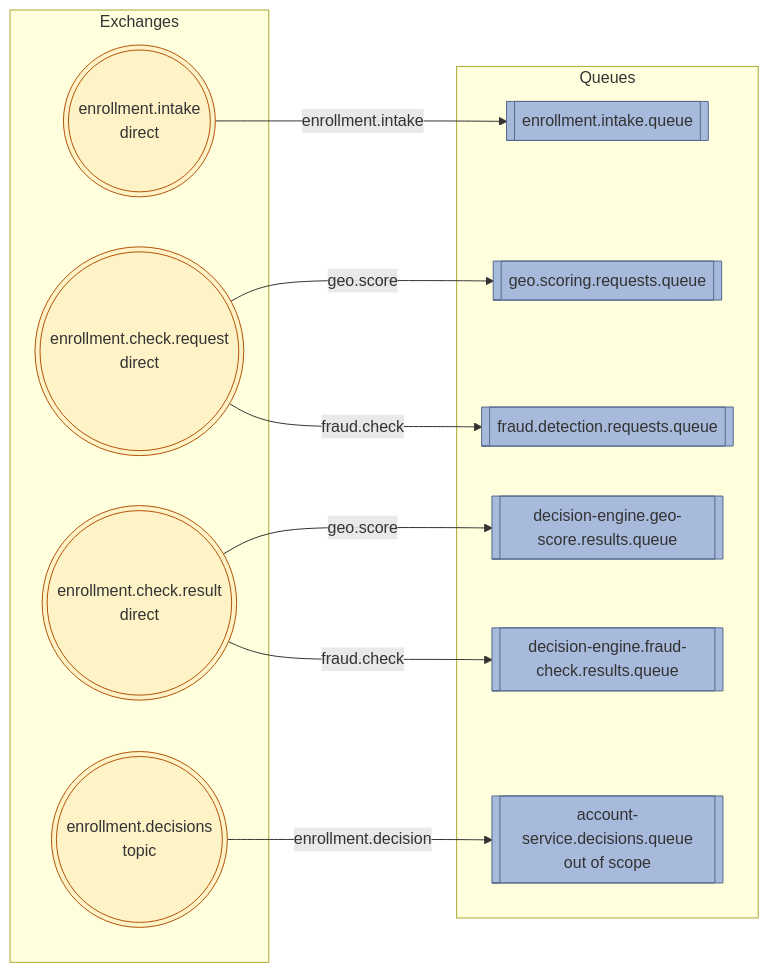
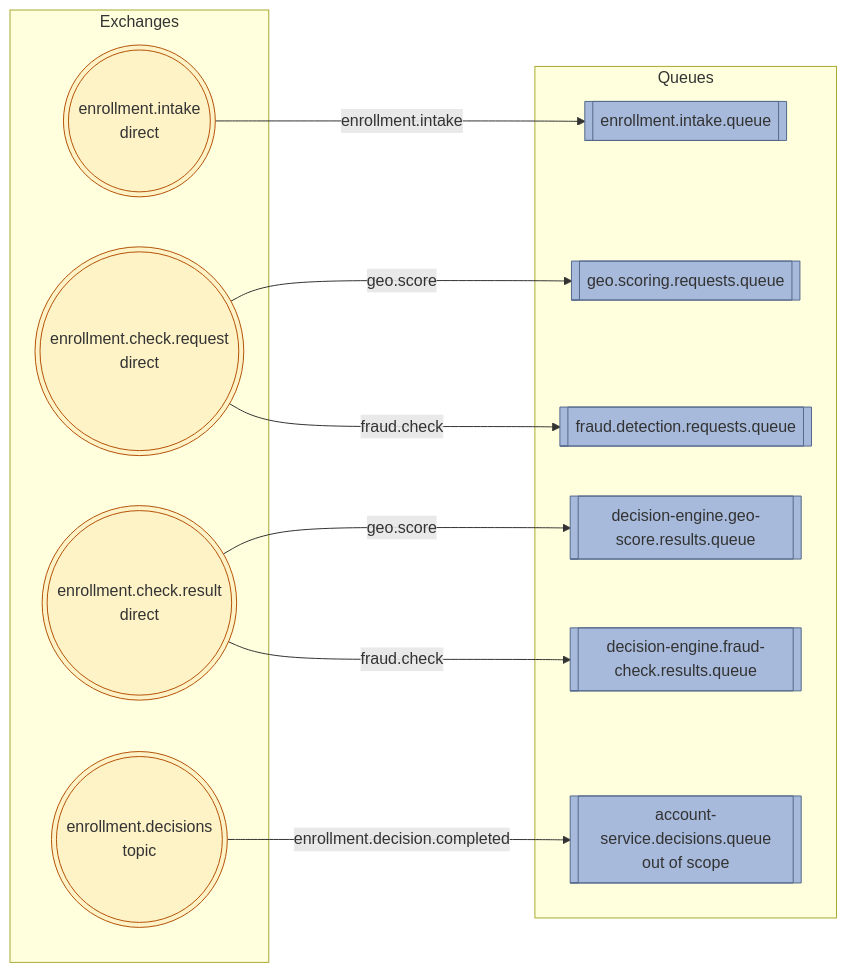
The first of 2 diagrams in decision-engine/design.md (angelasindic/enrollment-hub), drawn with Mermaid before and after one commit. The commit also changed other lines of this file and 41 other files, not shown here.

````diff
--- a/decision-engine/design.md
+++ b/decision-engine/design.md
@@ -133,25 +133,25 @@
 ```mermaid
 flowchart LR
 subgraph Exchanges
     EX_INTAKE(((enrollment.intake<br/>direct))):::ex
     EX_REQ(((enrollment.check.request<br/>direct))):::ex
     EX_RES(((enrollment.check.result<br/>direct))):::ex
     EX_DECISIONS(((enrollment.decisions<br/>topic))):::ex
 end
     subgraph Queues
         Q_INTAKE[[enrollment.intake.queue]]:::q
         Q_GEO[[geo.scoring.requests.queue]]:::q
         Q_FRAUD[[fraud.detection.requests.queue]]:::q
         Q_DE_GEO[[decision-engine.geo-score.results.queue]]:::q
         Q_DE_FRAUD[[decision-engine.fraud-check.results.queue]]:::q
         Q_AS[[account-service.decisions.queue<br/>out of scope]]:::q
     end
     EX_INTAKE -->|"enrollment.intake"| Q_INTAKE
     EX_REQ -->|"geo.score"| Q_GEO
     EX_REQ -->|"fraud.check"| Q_FRAUD
     EX_RES -->|"geo.score"| Q_DE_GEO
     EX_RES -->|"fraud.check"| Q_DE_FRAUD
-    EX_DECISIONS -->|"enrollment.decision"| Q_AS
+    EX_DECISIONS -->|"enrollment.decision.completed"| Q_AS
     classDef ex fill:#fef3c7,stroke:#b45309
     classDef q fill:#a7badb,stroke:#54698c
 ```
````
